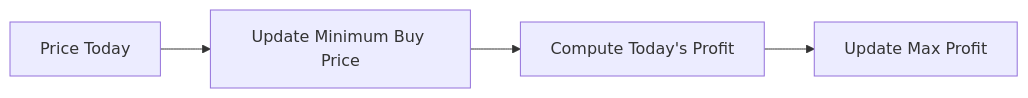
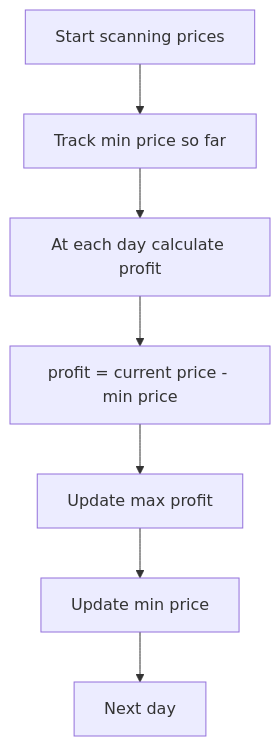
Before and after one commit to mthaiseer/springcloud-systemdesign-notes: the seventh of 23 diagrams in CP_DSA_NOTES/TOPIC_WISE/greedy_patterns_visual_reference.md, drawn with Mermaid. The commit also changed other lines of this file, not shown here.

````diff
--- a/CP_DSA_NOTES/TOPIC_WISE/greedy_patterns_visual_reference.md
+++ b/CP_DSA_NOTES/TOPIC_WISE/greedy_patterns_visual_reference.md
@@ -192,6 +294,9 @@
 ```mermaid
-flowchart LR
-    A[Price Today] --> B[Update Minimum Buy Price]
-    B --> C[Compute Today's Profit]
-    C --> D[Update Max Profit]
+flowchart TD
+    A[Start scanning prices] --> B[Track min price so far]
+    B --> C[At each day calculate profit]
+    C --> D[profit = current price - min price]
+    D --> E[Update max profit]
+    E --> F[Update min price]
+    F --> G[Next day]
 ```
````
